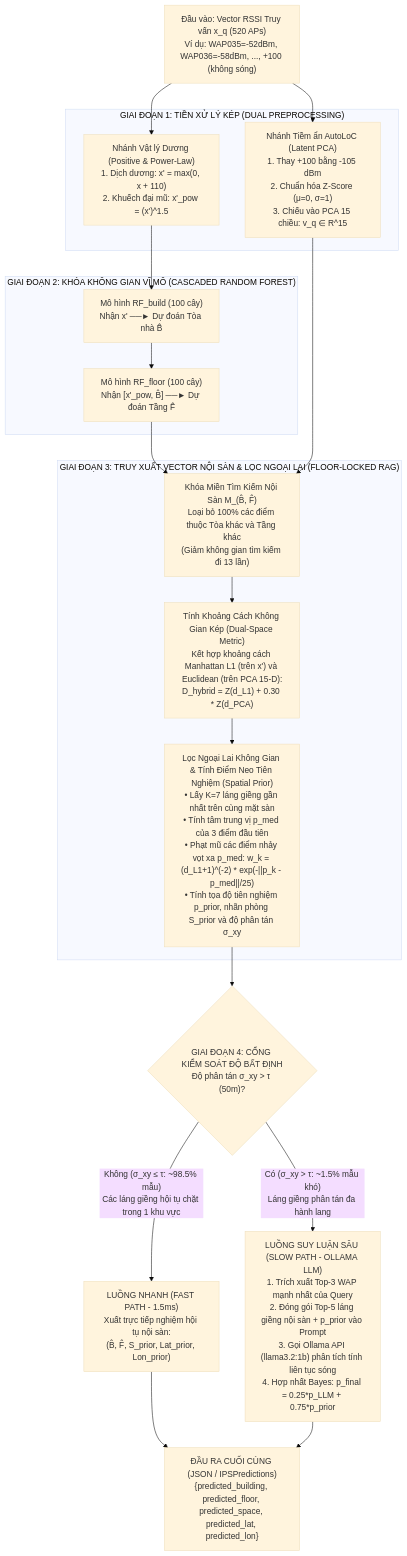
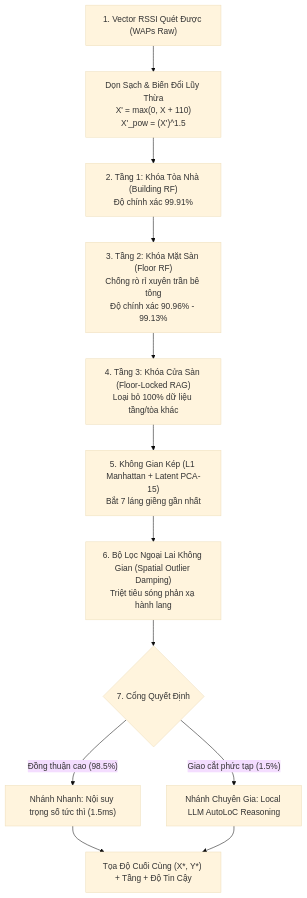
Before and after one commit to GiaBaoK46DLU/IPS_ThacSi: the second of 2 diagrams in docs/Hoc/Bao_Cao_Hybrid_RF_AutoLoC_Chi_Tiet.md, drawn with Mermaid (base theme). The commit also changed other lines of this file and 47 other files, not shown here.

````diff
--- a/docs/Hoc/Bao_Cao_Hybrid_RF_AutoLoC_Chi_Tiet.md
+++ b/docs/Hoc/Bao_Cao_Hybrid_RF_AutoLoC_Chi_Tiet.md
@@ -53,31 +110,14 @@
 ```mermaid
 flowchart TD
-    A["Đầu vào: Vector RSSI Truy vấn x_q (520 APs)<br/>Ví dụ: WAP035=-52dBm, WAP036=-58dBm, ..., +100 (không sóng)"] --> B1
-    A --> B2
-
-    subgraph STAGE1 ["GIAI ĐOẠN 1: TIỀN XỬ LÝ KÉP (DUAL PREPROCESSING)"]
-        B1["Nhánh Vật lý Dương (Positive & Power-Law)<br/>1. Dịch dương: x' = max(0, x + 110)<br/>2. Khuếch đại mũ: x'_pow = (x')^1.5"]
-        B2["Nhánh Tiềm ẩn AutoLoC (Latent PCA)<br/>1. Thay +100 bằng -105 dBm<br/>2. Chuẩn hóa Z-Score (μ=0, σ=1)<br/>3. Chiếu vào PCA 15 chiều: v_q ∈ R^15"]
-    end
-
-    B1 --> C1
-    subgraph STAGE2 ["GIAI ĐOẠN 2: KHÓA KHÔNG GIAN VĨ MÔ (CASCADED RANDOM FOREST)"]
-        C1["Mô hình RF_build (100 cây)<br/>Nhận x' ──► Dự đoán Tòa nhà B̂"] --> C2["Mô hình RF_floor (100 cây)<br/>Nhận [x'_pow, B̂] ──► Dự đoán Tầng F̂"]
-    end
-
-    C2 --> D1
-    B2 --> D1
-
-    subgraph STAGE3 ["GIAI ĐOẠN 3: TRUY XUẤT VECTOR NỘI SÀN & LỌC NGOẠI LAI (FLOOR-LOCKED RAG)"]
-        D1["Khóa Miền Tìm Kiếm Nội Sàn M_(B̂, F̂)<br/>Loại bỏ 100% các điểm thuộc Tòa khác và Tầng khác<br/>(Giảm không gian tìm kiếm đi 13 lần)"] --> D2
-        D2["Tính Khoảng Cách Không Gian Kép (Dual-Space Metric)<br/>Kết hợp khoảng cách Manhattan L1 (trên x') và Euclidean (trên PCA 15-D):<br/>D_hybrid = Z(d_L1) + 0.30 * Z(d_PCA)"] --> D3
-        D3["Lọc Ngoại Lai Không Gian & Tính Điểm Neo Tiên Nghiệm (Spatial Prior)<br/>• Lấy K=7 láng giềng gần nhất trên cùng mặt sàn<br/>• Tính tâm trung vị p_med của 3 điểm đầu tiên<br/>• Phạt mũ các điểm nhảy vọt xa p_med: w_k = (d_L1+1)^(-2) * exp(-||p_k - p_med||/25)<br/>• Tính tọa độ tiên nghiệm p_prior, nhãn phòng S_prior và độ phân tán σ_xy"]
-    end
-
-    D3 --> E{"GIAI ĐOẠN 4: CỔNG KIỂM SOÁT ĐỘ BẤT ĐỊNH<br/>Độ phân tán σ_xy > τ (50m)?"}
-    E -- "Không (σ_xy ≤ τ: ~98.5% mẫu)<br/>Các láng giềng hội tụ chặt trong 1 khu vực" --> F1["LUỒNG NHANH (FAST PATH - 1.5ms)<br/>Xuất trực tiếp nghiệm hội tụ nội sàn:<br/>(B̂, F̂, S_prior, Lat_prior, Lon_prior)"]
-    E -- "Có (σ_xy > τ: ~1.5% mẫu khó)<br/>Láng giềng phân tán đa hành lang" --> F2["LUỒNG SUY LUẬN SÂU (SLOW PATH - OLLAMA LLM)<br/>1. Trích xuất Top-3 WAP mạnh nhất của Query<br/>2. Đóng gói Top-5 láng giềng nội sàn + p_prior vào Prompt<br/>3. Gọi Ollama API (llama3.2:1b) phân tích tính liên tục sóng<br/>4. Hợp nhất Bayes: p_final = 0.25*p_LLM + 0.75*p_prior"]
-
-    F1 --> G["ĐẦU RA CUỐI CÙNG (JSON / IPSPredictions)<br/>{predicted_building, predicted_floor, predicted_space, predicted_lat, predicted_lon}"]
-    F2 --> G
+    RawRSSI["1. Vector RSSI Quét Được (WAPs Raw)"] --> Step1["Dọn Sạch & Biến Đổi Lũy Thừa<br/>X' = max(0, X + 110)<br/>X'_pow = (X')^1.5"]
+    Step1 --> Step2["2. Tầng 1: Khóa Tòa Nhà (Building RF)<br/>Độ chính xác 99.91%"]
+    Step2 --> Step3["3. Tầng 2: Khóa Mặt Sàn (Floor RF)<br/>Chống rò rỉ xuyên trần bê tông<br/>Độ chính xác 90.96% - 99.13%"]
+    Step3 --> Step4["4. Tầng 3: Khóa Cửa Sàn (Floor-Locked RAG)<br/>Loại bỏ 100% dữ liệu tầng/tòa khác"]
+    Step4 --> Step5["5. Không Gian Kép (L1 Manhattan + Latent PCA-15)<br/>Bắt 7 láng giềng gần nhất"]
+    Step5 --> Step6["6. Bộ Lọc Ngoại Lai Không Gian (Spatial Outlier Damping)<br/>Triệt tiêu sóng phản xạ hành lang"]
+    Step6 --> Step7{"7. Cổng Quyết Định"}
+    Step7 -- "Đồng thuận cao (98.5%)" --> FastPath["Nhánh Nhanh: Nội suy trọng số tức thì (1.5ms)"]
+    Step7 -- "Giao cắt phức tạp (1.5%)" --> LLMPath["Nhánh Chuyên Gia: Local LLM AutoLoC Reasoning"]
+    FastPath --> FinalOutput["Tọa Độ Cuối Cùng (X*, Y*) + Tầng + Độ Tin Cậy"]
+    LLMPath --> FinalOutput
 ```
````
